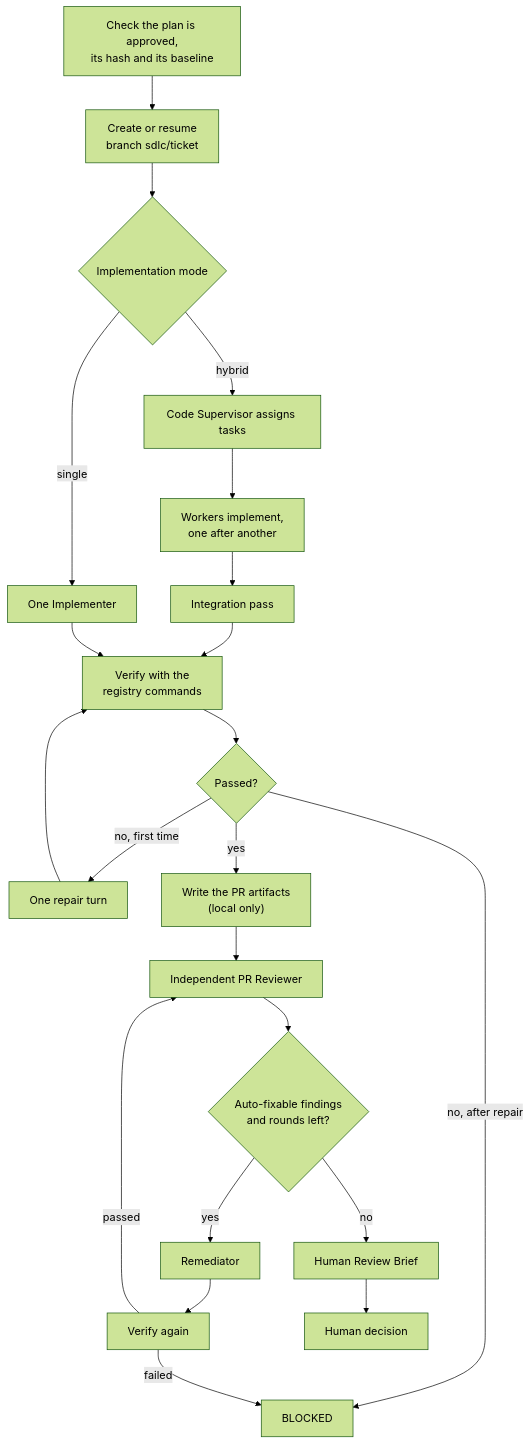
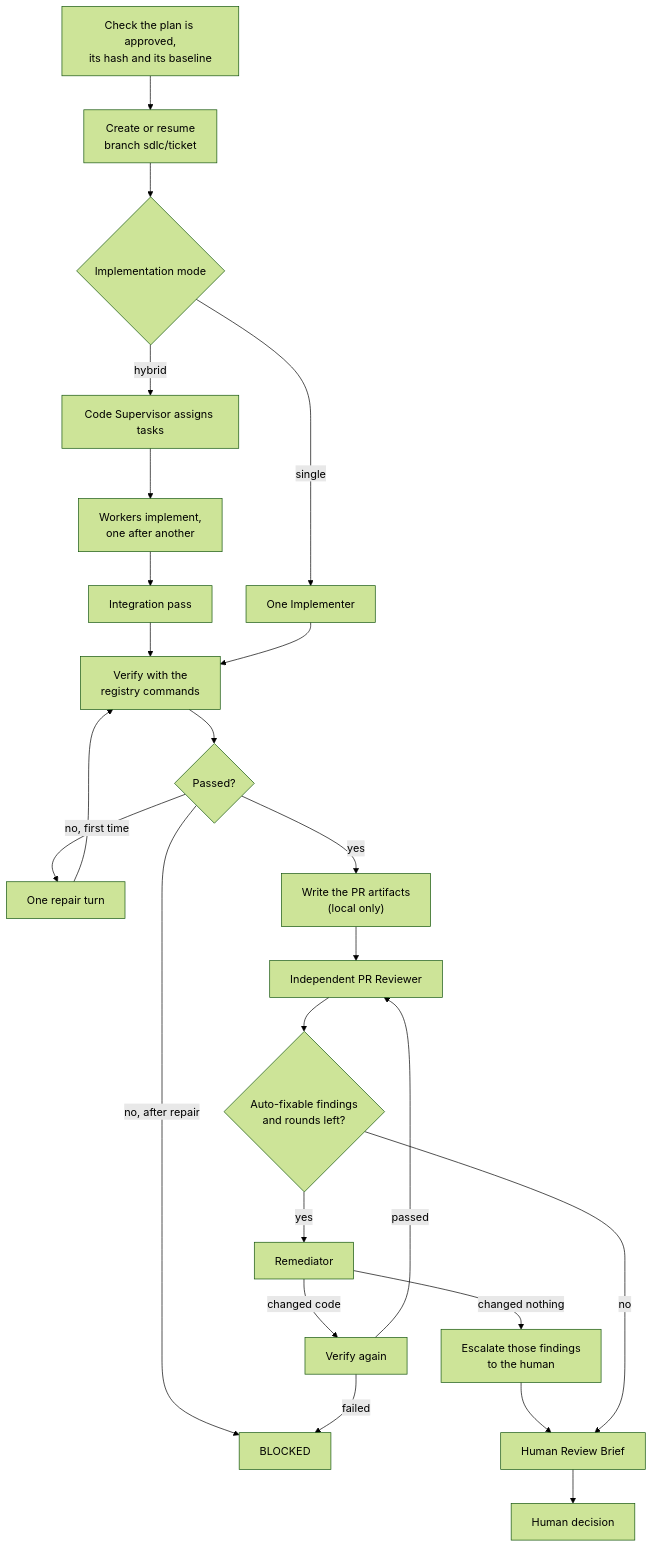
The first of 3 diagrams in agentic-sdlc-docs/workflows/delivery.md (somr/awscao_agenticwflw), drawn with Mermaid (forest theme) before and after one commit. The commit also changed other lines of this file and 6 other files, not shown here.

First line of the commit message:
Escalate findings a remediation round cannot fix instead of failing Delivery

````diff
--- a/agentic-sdlc-docs/workflows/delivery.md
+++ b/agentic-sdlc-docs/workflows/delivery.md
@@ -22,24 +22,26 @@
 ```mermaid
 flowchart TD
     A["Check the plan is approved,<br/>its hash and its baseline"] --> B["Create or resume<br/>branch sdlc/ticket"]
     B --> M{Implementation mode}
     M -- hybrid --> SUP[Code Supervisor assigns tasks]
     SUP --> WK["Workers implement,<br/>one after another"]
     WK --> INT[Integration pass]
     M -- single --> IMP[One Implementer]
     INT --> VER
     IMP --> VER["Verify with the<br/>registry commands"]
     VER --> OK{Passed?}
     OK -- "no, first time" --> REP[One repair turn]
     REP --> VER
     OK -- "no, after repair" --> BL[BLOCKED]
     OK -- yes --> PR["Write the PR artifacts<br/>(local only)"]
     PR --> REV[Independent PR Reviewer]
     REV --> F{"Auto-fixable findings<br/>and rounds left?"}
     F -- yes --> REM[Remediator]
-    REM --> V2[Verify again]
+    REM -- "changed nothing" --> ESC["Escalate those findings<br/>to the human"]
+    ESC --> BRIEF
+    REM -- changed code --> V2[Verify again]
     V2 -- failed --> BL
     V2 -- passed --> REV
     F -- no --> BRIEF[Human Review Brief]
     BRIEF --> H[Human decision]
 ```
````
